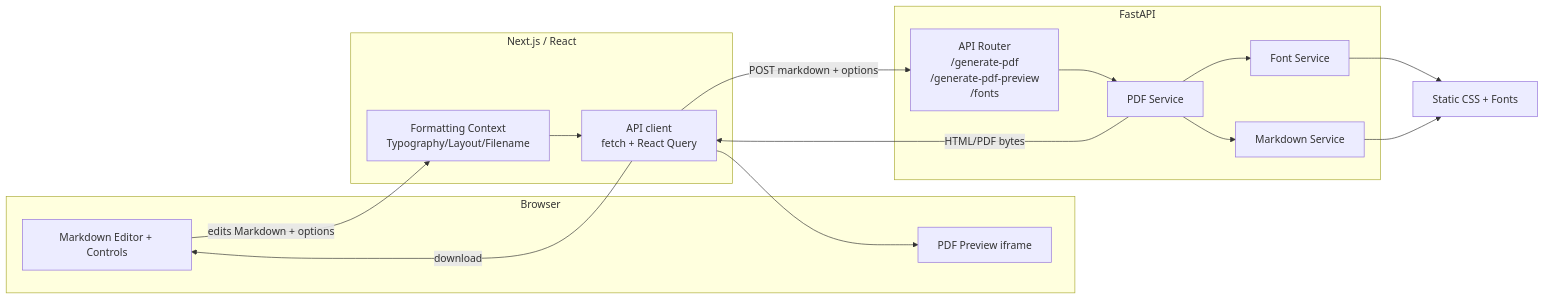
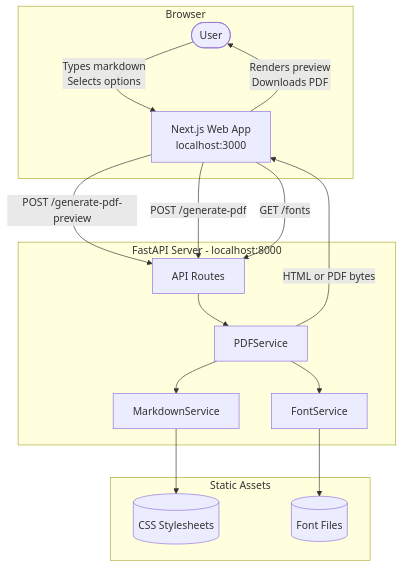
Before and after one commit to astral-matrix/markdown-to-pdf: the first of 6 diagrams in docs/architecture.md, drawn with Mermaid. The commit also changed other lines of this file and 23 other files, not shown here.

First line of the commit message:
Architecture and Spec Regenerated

````diff
--- a/docs/architecture.md
+++ b/docs/architecture.md
@@ -7,33 +7,31 @@
 ```mermaid
-flowchart LR
-  subgraph Browser
-    UI["Markdown Editor + Controls"]
-    Preview["PDF Preview iframe"]
-  end
+flowchart TB
+    subgraph Browser
+        User([User])
+        UI[Next.js Web App<br/>localhost:3000]
+    end
 
-  subgraph Frontend["Next.js / React"]
-    APIClient["API client<br/>fetch + React Query"]
-    State["Formatting Context<br/>Typography/Layout/Filename"]
-  end
+    subgraph Backend[FastAPI Server - localhost:8000]
+        API[API Routes]
+        PDF[PDFService]
+        MD[MarkdownService]
+        Font[FontService]
+    end
 
-  subgraph Backend[FastAPI]
-    Router["API Router<br/>/generate-pdf<br/>/generate-pdf-preview<br/>/fonts"]
-    PDFSvc[PDF Service]
-    MDService[Markdown Service]
-    FontSvc[Font Service]
-  end
+    subgraph Assets[Static Assets]
+        CSS[(CSS Stylesheets)]
+        Fonts[(Font Files)]
+    end
 
-  Assets["Static CSS + Fonts"]
-
-  UI -->|edits Markdown + options| State
-  State --> APIClient
-  APIClient -->|POST markdown + options| Router
-  Router --> PDFSvc
-  PDFSvc --> MDService
-  PDFSvc --> FontSvc
-  FontSvc --> Assets
-  MDService --> Assets
-  PDFSvc -->|HTML/PDF bytes| APIClient
-  APIClient --> Preview
-  APIClient -->|download| UI
+    User -->|Types markdown<br/>Selects options| UI
+    UI -->|POST /generate-pdf-preview| API
+    UI -->|POST /generate-pdf| API
+    UI -->|GET /fonts| API
+    API --> PDF
+    PDF --> MD
+    PDF --> Font
+    MD --> CSS
+    Font --> Fonts
+    PDF -->|HTML or PDF bytes| UI
+    UI -->|Renders preview<br/>Downloads PDF| User
 ```
````
